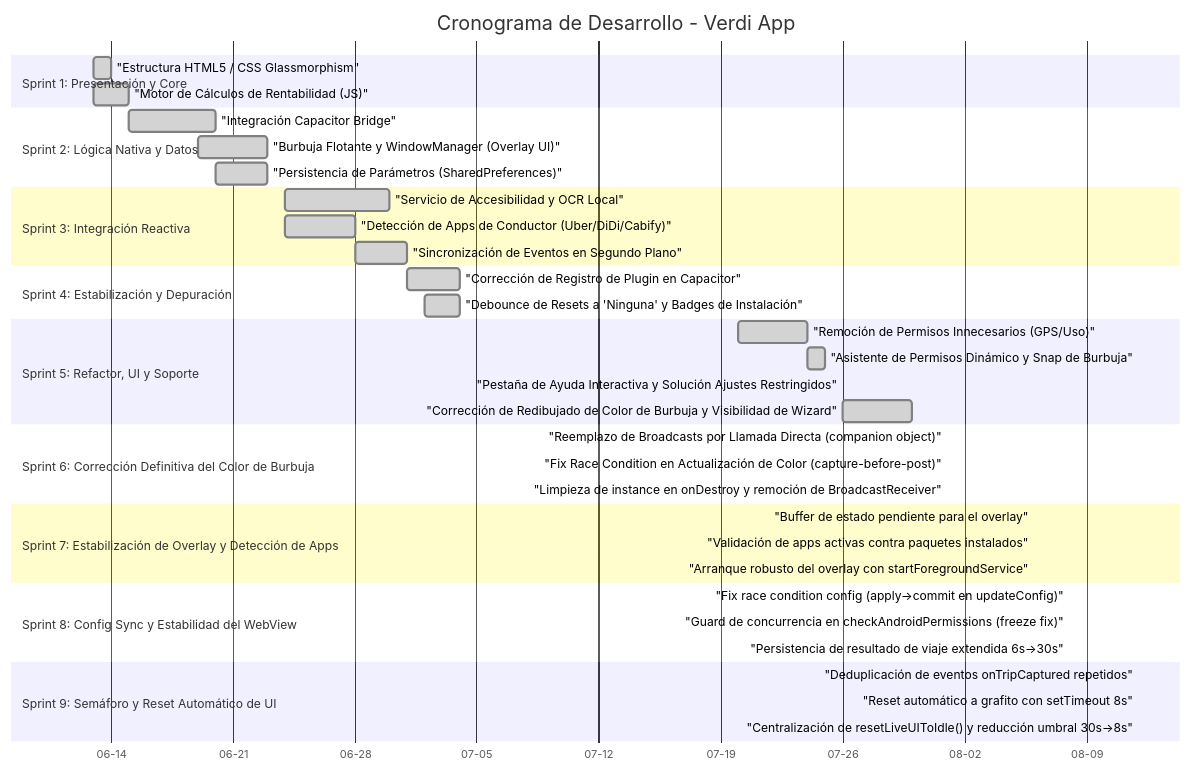
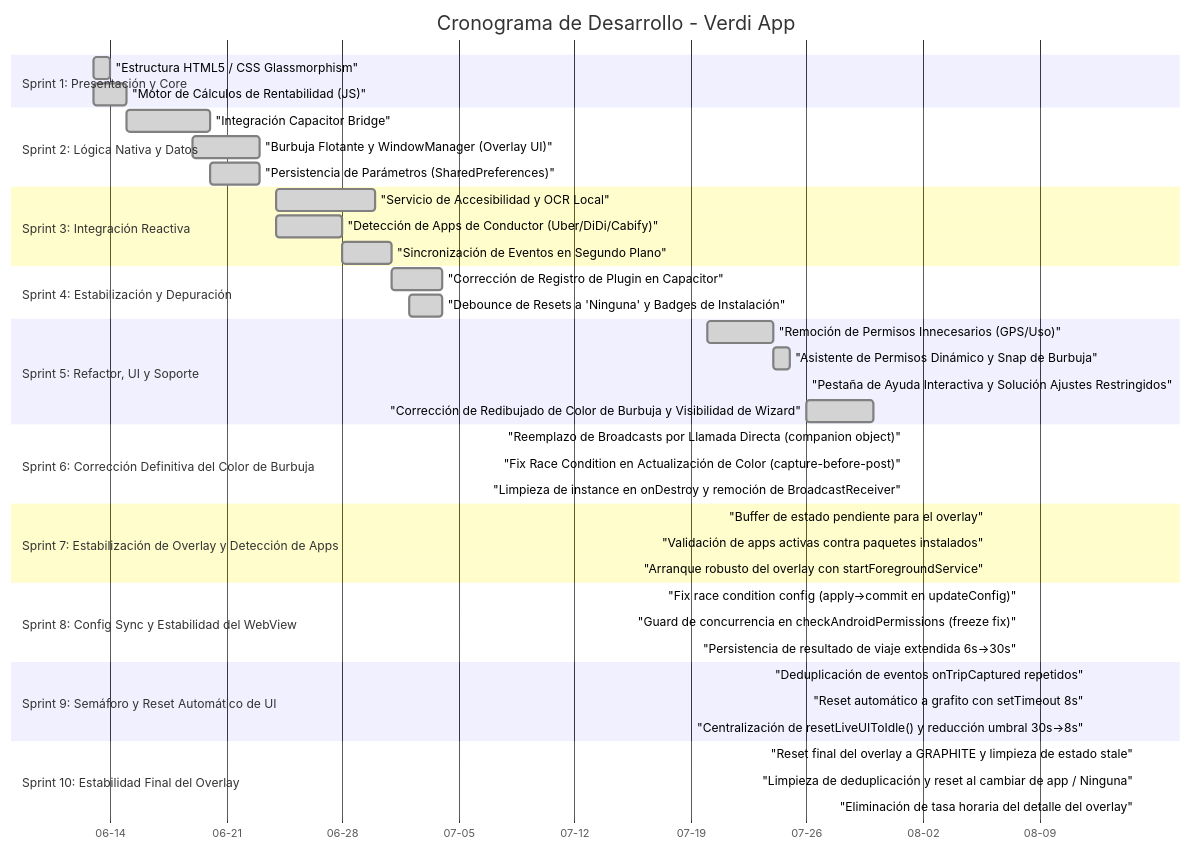
Before and after one commit to JorgeFreire95/Verdi: the diagram in CRONOGRAMA_DESARROLLO.md, drawn with Mermaid. The commit also changed other lines of this file, not shown here.

````diff
--- a/CRONOGRAMA_DESARROLLO.md
+++ b/CRONOGRAMA_DESARROLLO.md
@@ -11,50 +11,55 @@
 ```mermaid
 gantt
     title Cronograma de Desarrollo - Verdi App
     dateFormat  YYYY-MM-DD
     axisFormat  %m-%d
     
     section Sprint 1: Presentación y Core
     "Estructura HTML5 / CSS Glassmorphism" :done, s1a, 2026-06-13, 2026-06-14
     "Motor de Cálculos de Rentabilidad (JS)" :done, s1b, 2026-06-13, 2026-06-15
     
     section Sprint 2: Lógica Nativa y Datos
     "Integración Capacitor Bridge" :done, s2a, 2026-06-15, 2026-06-20
     "Burbuja Flotante y WindowManager (Overlay UI)" :done, s2b, 2026-06-19, 2026-06-23
     "Persistencia de Parámetros (SharedPreferences)" :done, s2c, 2026-06-20, 2026-06-23
     
     section Sprint 3: Integración Reactiva
     "Servicio de Accesibilidad y OCR Local" :done, s3a, 2026-06-24, 2026-06-30
     "Detección de Apps de Conductor (Uber/DiDi/Cabify)" :done, s3b, 2026-06-24, 2026-06-28
     "Sincronización de Eventos en Segundo Plano" :done, s3c, 2026-06-28, 2026-07-01
     
     section Sprint 4: Estabilización y Depuración
     "Corrección de Registro de Plugin en Capacitor" :done, s4a, 2026-07-01, 2026-07-04
     "Debounce de Resets a 'Ninguna' y Badges de Instalación" :done, s4b, 2026-07-02, 2026-07-04
     
     section Sprint 5: Refactor, UI y Soporte
     "Remoción de Permisos Innecesarios (GPS/Uso)" :done, s5a, 2026-07-20, 2026-07-24
     "Asistente de Permisos Dinámico y Snap de Burbuja" :done, s5b, 2026-07-24, 2026-07-25
     "Pestaña de Ayuda Interactiva y Solución Ajustes Restringidos" :done, s5c, 2026-07-26, 2026-07-26
     "Corrección de Redibujado de Color de Burbuja y Visibilidad de Wizard" :done, s5d, 2026-07-26, 2026-07-30
     
     section Sprint 6: Corrección Definitiva del Color de Burbuja
     "Reemplazo de Broadcasts por Llamada Directa (companion object)" :done, s6a, 2026-08-01, 2026-08-01
     "Fix Race Condition en Actualización de Color (capture-before-post)" :done, s6b, 2026-08-01, 2026-08-01
     "Limpieza de instance en onDestroy y remoción de BroadcastReceiver" :done, s6c, 2026-08-01, 2026-08-01
 
     section Sprint 7: Estabilización de Overlay y Detección de Apps
     "Buffer de estado pendiente para el overlay" :done, s7a, 2026-08-06, 2026-08-06
     "Validación de apps activas contra paquetes instalados" :done, s7b, 2026-08-06, 2026-08-06
     "Arranque robusto del overlay con startForegroundService" :done, s7c, 2026-08-06, 2026-08-06
 
     section Sprint 8: Config Sync y Estabilidad del WebView
     "Fix race condition config (apply→commit en updateConfig)" :done, s8a, 2026-08-08, 2026-08-08
     "Guard de concurrencia en checkAndroidPermissions (freeze fix)" :done, s8b, 2026-08-08, 2026-08-08
     "Persistencia de resultado de viaje extendida 6s→30s" :done, s8c, 2026-08-08, 2026-08-08
 
     section Sprint 9: Semáforo y Reset Automático de UI
     "Deduplicación de eventos onTripCaptured repetidos" :done, s9a, 2026-08-12, 2026-08-12
     "Reset automático a grafito con setTimeout 8s" :done, s9b, 2026-08-12, 2026-08-12
     "Centralización de resetLiveUIToIdle() y reducción umbral 30s→8s" :done, s9c, 2026-08-12, 2026-08-12
+
+    section Sprint 10: Estabilidad Final del Overlay
+    "Reset final del overlay a GRAPHITE y limpieza de estado stale" :done, s10a, 2026-08-15, 2026-08-15
+    "Limpieza de deduplicación y reset al cambiar de app / Ninguna" :done, s10b, 2026-08-15, 2026-08-15
+    "Eliminación de tasa horaria del detalle del overlay" :done, s10c, 2026-08-15, 2026-08-15
 ```
````
